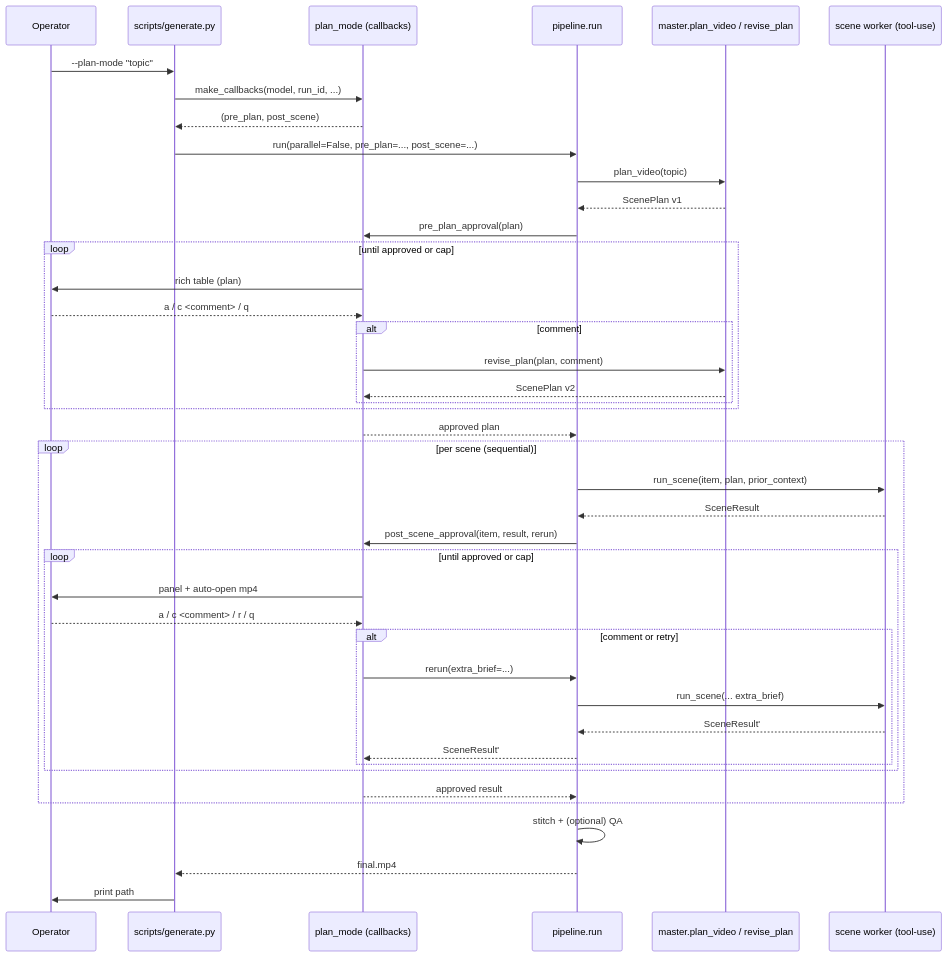
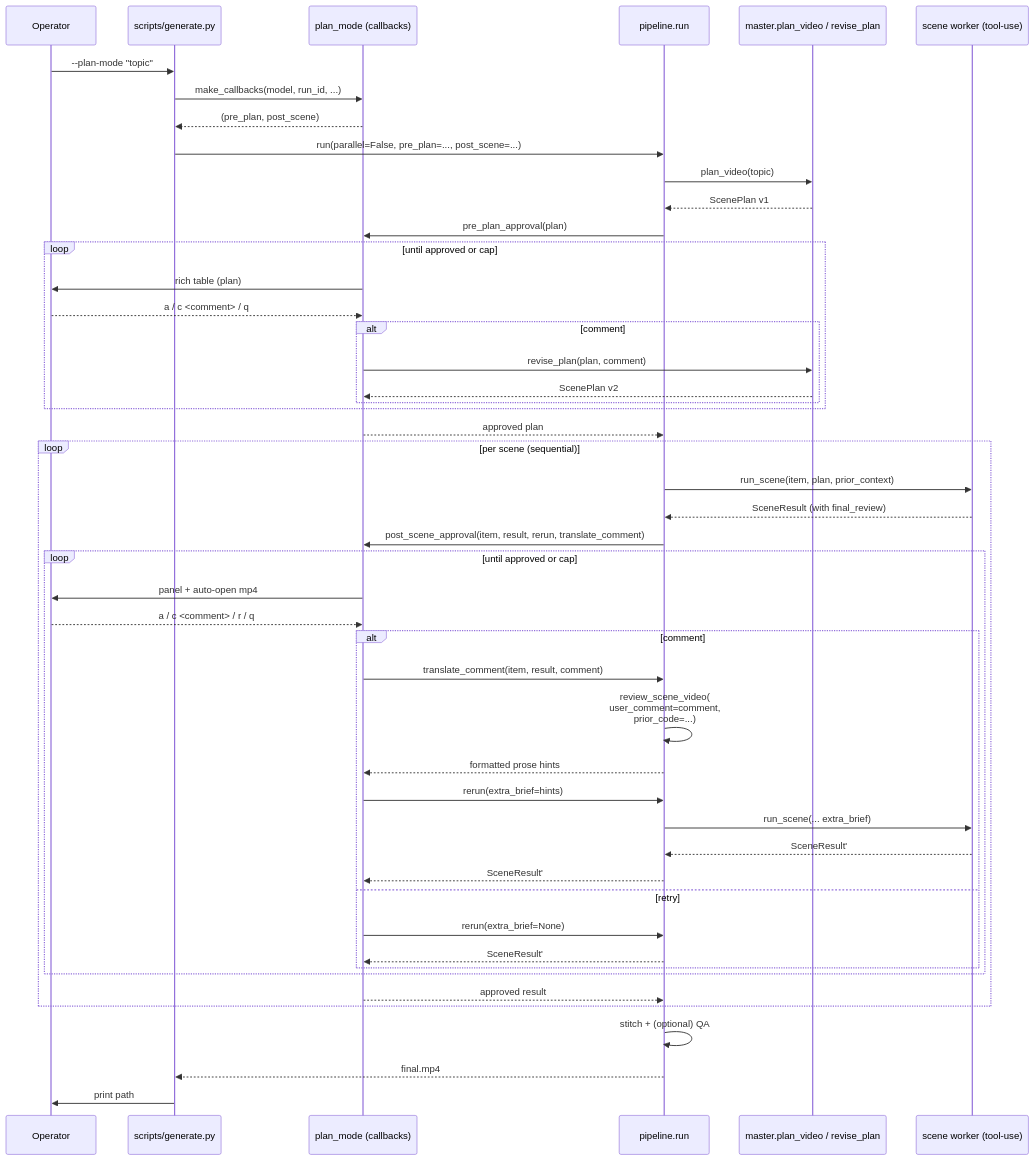
One commit to shashwatrajiitd/science-communicator-agent changed diagram 15 of 16 in DOCUMENTATION.md. Above: the diagram before and after it, drawn with Mermaid. The commit also changed other lines of this file and 80 other files, not shown here.

````diff
--- a/DOCUMENTATION.md
+++ b/DOCUMENTATION.md
@@ -906,50 +1191,56 @@
 ```mermaid
 sequenceDiagram
     participant U as Operator
     participant CLI as scripts/generate.py
     participant PM as plan_mode (callbacks)
     participant P as pipeline.run
     participant M as master.plan_video / revise_plan
     participant W as scene worker (tool-use)
 
     U->>CLI: --plan-mode "topic"
     CLI->>PM: make_callbacks(model, run_id, ...)
     PM-->>CLI: (pre_plan, post_scene)
     CLI->>P: run(parallel=False, pre_plan=..., post_scene=...)
 
     P->>M: plan_video(topic)
     M-->>P: ScenePlan v1
     P->>PM: pre_plan_approval(plan)
 
     loop until approved or cap
         PM->>U: rich table (plan)
         U-->>PM: a / c <comment> / q
         alt comment
             PM->>M: revise_plan(plan, comment)
             M-->>PM: ScenePlan v2
         end
     end
     PM-->>P: approved plan
 
     loop per scene (sequential)
         P->>W: run_scene(item, plan, prior_context)
-        W-->>P: SceneResult
-        P->>PM: post_scene_approval(item, result, rerun)
+        W-->>P: SceneResult (with final_review)
+        P->>PM: post_scene_approval(item, result, rerun, translate_comment)
 
         loop until approved or cap
             PM->>U: panel + auto-open mp4
             U-->>PM: a / c <comment> / r / q
-            alt comment or retry
-                PM->>P: rerun(extra_brief=...)
+            alt comment
+                PM->>P: translate_comment(item, result, comment)
+                P->>P: review_scene_video(<br/>  user_comment=comment,<br/>  prior_code=...)
+                P-->>PM: formatted prose hints
+                PM->>P: rerun(extra_brief=hints)
                 P->>W: run_scene(... extra_brief)
                 W-->>P: SceneResult'
+                P-->>PM: SceneResult'
+            else retry
+                PM->>P: rerun(extra_brief=None)
                 P-->>PM: SceneResult'
             end
         end
         PM-->>P: approved result
     end
 
     P->>P: stitch + (optional) QA
     P-->>CLI: final.mp4
     CLI->>U: print path
 ```
````
